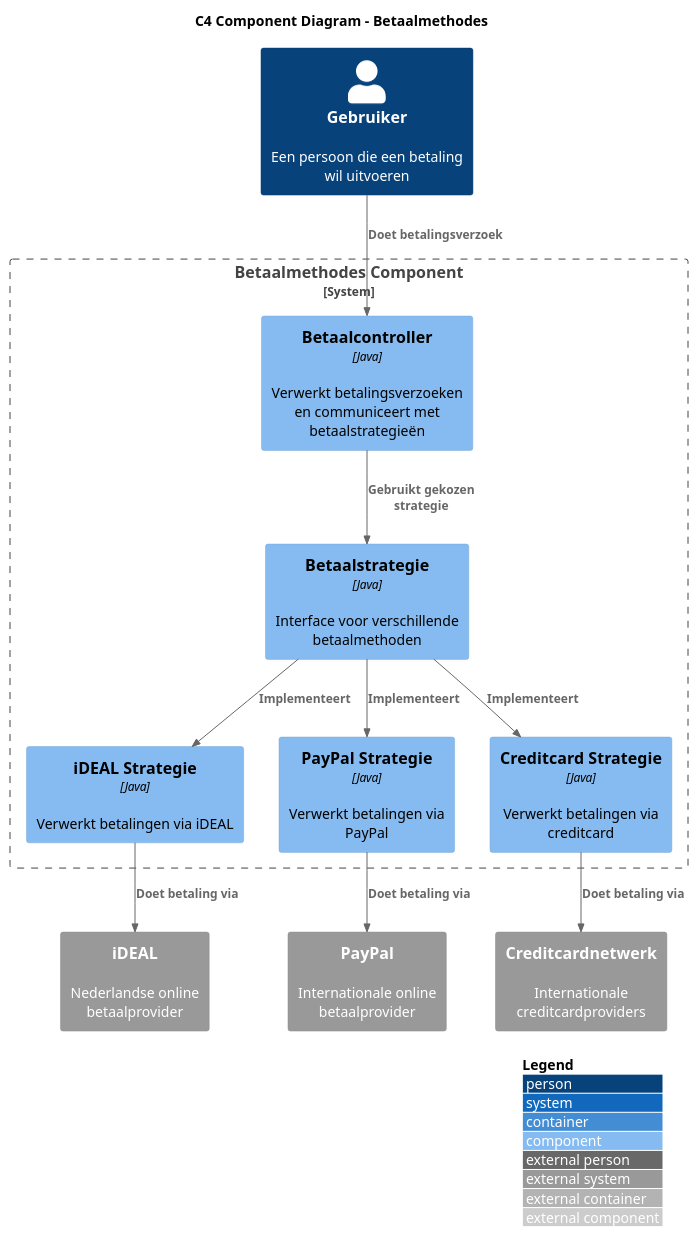
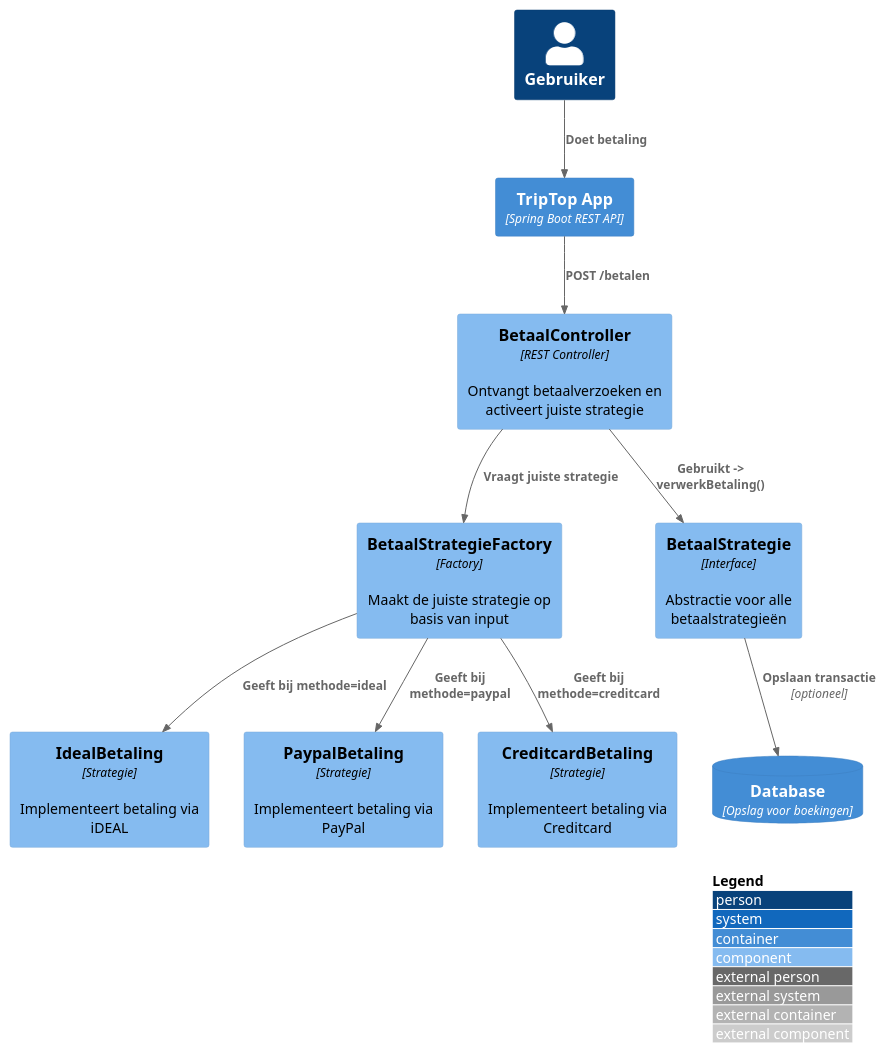
The diagram in software-guidebook/betaalmethodescomponent.puml (AIM-ENE-feb25/triptop-groep-5), drawn with PlantUML before and after one commit. The commit also changed 5 other files, not shown here.

```diff
--- a/software-guidebook/betaalmethodescomponent.puml
+++ b/software-guidebook/betaalmethodescomponent.puml
@@ -1,31 +1,28 @@
-@startuml "C4 Component Diagram - Betaalmethodes"
-!include https://raw.githubusercontent.com/plantuml-stdlib/C4-PlantUML/master/C4_Component.puml
+@startuml
+!includeurl https://raw.githubusercontent.com/plantuml-stdlib/C4-PlantUML/master/C4_Component.puml
+
 LAYOUT_WITH_LEGEND()
-title "C4 Component Diagram - Betaalmethodes"
 
-Person(gebruiker, "Gebruiker", "Een persoon die een betaling wil uitvoeren")
+Person(user, "Gebruiker")
 
-System_Boundary(betaalmethodes, "Betaalmethodes Component") {
-    Component(Betalingscontroller, "Betaalcontroller", "Java", "Verwerkt betalingsverzoeken en communiceert met betaalstrategieën")
-    Component(Betalingsstrategie, "Betaalstrategie", "Java", "Interface voor verschillende betaalmethoden")
-    Component(IdealStrategy, "iDEAL Strategie", "Java", "Verwerkt betalingen via iDEAL")
-    Component(PaypalStrategy, "PayPal Strategie", "Java", "Verwerkt betalingen via PayPal")
-    Component(CreditcardStrategy, "Creditcard Strategie", "Java", "Verwerkt betalingen via creditcard")
-}
+Container(webApp, "TripTop App", "Spring Boot REST API")
 
-System_Ext(Ideal, "iDEAL", "Nederlandse online betaalprovider")
-System_Ext(Paypal, "PayPal", "Internationale online betaalprovider")
-System_Ext(Creditcard, "Creditcardnetwerk", "Internationale creditcardproviders")
+ContainerDb(db, "Database", "Opslag voor boekingen")
 
-' Relaties
-Rel(gebruiker, Betalingscontroller, "Doet betalingsverzoek")
-Rel(Betalingscontroller, Betalingsstrategie, "Gebruikt gekozen strategie")
-Rel(Betalingsstrategie, IdealStrategy, "Implementeert")
-Rel(Betalingsstrategie, PaypalStrategy, "Implementeert")
-Rel(Betalingsstrategie, CreditcardStrategy, "Implementeert")
+Component(controller, "BetaalController", "REST Controller", "Ontvangt betaalverzoeken en activeert juiste strategie")
+Component(factory, "BetaalStrategieFactory", "Factory", "Maakt de juiste strategie op basis van input")
+Component(strategy, "BetaalStrategie", "Interface", "Abstractie voor alle betaalstrategieën")
+Component(ideal, "IdealBetaling", "Strategie", "Implementeert betaling via iDEAL")
+Component(paypal, "PaypalBetaling", "Strategie", "Implementeert betaling via PayPal")
+Component(cc, "CreditcardBetaling", "Strategie", "Implementeert betaling via Creditcard")
 
-Rel(IdealStrategy, Ideal, "Doet betaling via")
-Rel(PaypalStrategy, Paypal, "Doet betaling via")
-Rel(CreditcardStrategy, Creditcard, "Doet betaling via")
+Rel(user, webApp, "Doet betaling")
+Rel(webApp, controller, "POST /betalen")
+Rel(controller, factory, "Vraagt juiste strategie")
+Rel(factory, ideal, "Geeft bij methode=ideal")
+Rel(factory, paypal, "Geeft bij methode=paypal")
+Rel(factory, cc, "Geeft bij methode=creditcard")
+Rel(controller, strategy, "Gebruikt -> verwerkBetaling()")
+Rel(strategy, db, "Opslaan transactie", "optioneel")
 
 @enduml
```
